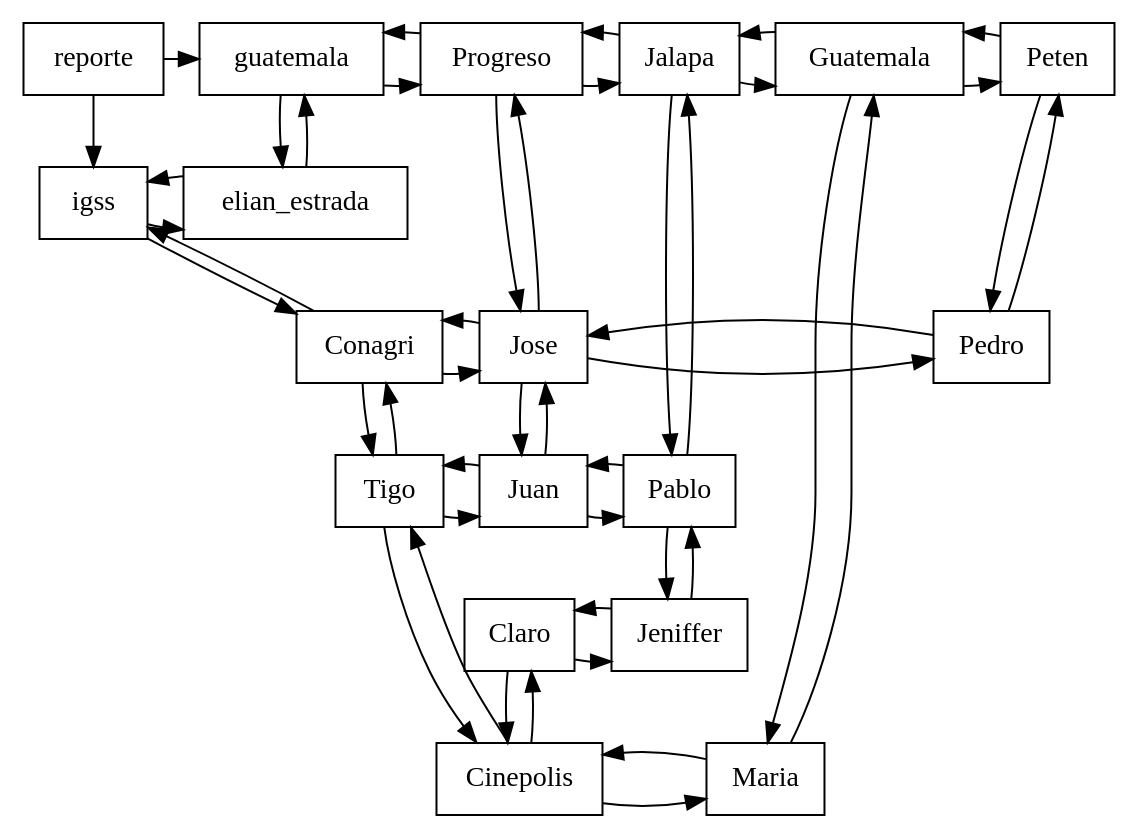
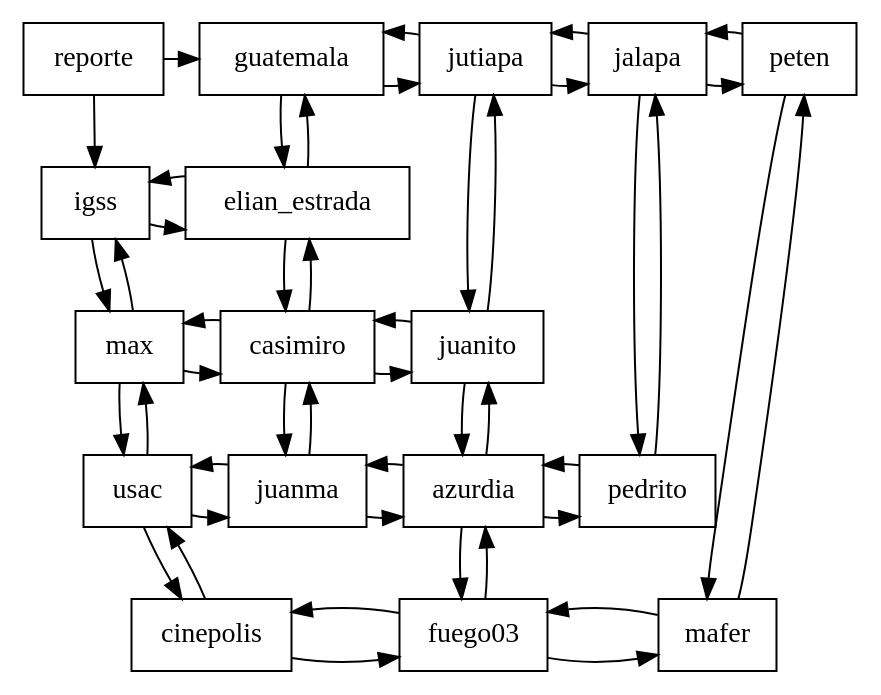
One commit to BrigidoAlvarado/proyecto-1-EDD-EVD-24 changed the diagram in proyecyo-1/cmake-build-debug/reporte_matriz_dispersa.dot. Above: the diagram before and after it, drawn with Graphviz. The commit also changed 16 other files, not shown here.

```diff
--- a/proyecyo-1/cmake-build-debug/reporte_matriz_dispersa.dot
+++ b/proyecyo-1/cmake-build-debug/reporte_matriz_dispersa.dot
@@ -1,60 +1,59 @@
 digraph SparseMatrix {
 node [shape=box];
     // Cabeceras Horizontales
     "reporte" -> "guatemala";
-    "guatemala" -> "Progreso";
-    "Progreso" -> "guatemala";
-    "Progreso" -> "Jalapa";
-    "Jalapa" -> "Progreso";
-    "Jalapa" -> "Guatemala";
-    "Guatemala" -> "Jalapa";
-    "Guatemala" -> "Peten";
-    "Peten" -> "Guatemala";
+    "guatemala" -> "jutiapa";
+    "jutiapa" -> "guatemala";
+    "jutiapa" -> "jalapa";
+    "jalapa" -> "jutiapa";
+    "jalapa" -> "peten";
+    "peten" -> "jalapa";
     // Coneccion entre filas
     "igss" -> elian_estrada;
     "elian_estrada" -> igss;
-    "Conagri" -> Jose;
-    "Jose" -> Conagri;
-    "Jose" -> Pedro;
-    "Pedro" -> Jose;
-    "Tigo" -> Juan;
-    "Juan" -> Tigo;
-    "Juan" -> Pablo;
-    "Pablo" -> Juan;
-    "Cinepolis" -> Maria;
-    "Maria" -> Cinepolis;
-    "Claro" -> Jeniffer;
-    "Jeniffer" -> Claro;
+    "max" -> casimiro;
+    "casimiro" -> max;
+    "casimiro" -> juanito;
+    "juanito" -> casimiro;
+    "usac" -> juanma;
+    "juanma" -> usac;
+    "juanma" -> azurdia;
+    "azurdia" -> juanma;
+    "azurdia" -> pedrito;
+    "pedrito" -> azurdia;
+    "cinepolis" -> fuego03;
+    "fuego03" -> cinepolis;
+    "fuego03" -> mafer;
+    "mafer" -> fuego03;
     // Cabeceras Verticales
     "reporte" -> "igss";
-    "igss" -> "Conagri";
-    "Conagri" -> "igss";
-    "Conagri" -> "Tigo";
-    "Tigo" -> "Conagri";
-    "Tigo" -> "Cinepolis";
-    "Cinepolis" -> "Tigo";
-    "Cinepolis" -> "Claro";
-    "Claro" -> "Cinepolis";
+    "igss" -> "max";
+    "max" -> "igss";
+    "max" -> "usac";
+    "usac" -> "max";
+    "usac" -> "cinepolis";
+    "cinepolis" -> "usac";
     // Coneccion entre filas
     "guatemala" -> elian_estrada;
     "elian_estrada" -> guatemala;
-    "Progreso" -> Jose;
-    "Jose" -> Progreso;
-    "Jose" -> Juan;
-    "Juan" -> Jose;
-    "Jalapa" -> Pablo;
-    "Pablo" -> Jalapa;
-    "Pablo" -> Jeniffer;
-    "Jeniffer" -> Pablo;
-    "Guatemala" -> Maria;
-    "Maria" -> Guatemala;
-    "Peten" -> Pedro;
-    "Pedro" -> Peten;
+    "elian_estrada" -> casimiro;
+    "casimiro" -> elian_estrada;
+    "casimiro" -> juanma;
+    "juanma" -> casimiro;
+    "jutiapa" -> juanito;
+    "juanito" -> jutiapa;
+    "juanito" -> azurdia;
+    "azurdia" -> juanito;
+    "azurdia" -> fuego03;
+    "fuego03" -> azurdia;
+    "jalapa" -> pedrito;
+    "pedrito" -> jalapa;
+    "peten" -> mafer;
+    "mafer" -> peten;
     // Encuadre
-    { rank=same; reporte; guatemala; Progreso; Jalapa; Guatemala; Peten; }
+    { rank=same; reporte; guatemala; jutiapa; jalapa; peten; }
     { rank=same; igss; elian_estrada; }
-    { rank=same; Conagri; Jose; Pedro; }
-    { rank=same; Tigo; Juan; Pablo; }
-    { rank=same; Cinepolis; Maria; }
-    { rank=same; Claro; Jeniffer; }
+    { rank=same; max; casimiro; juanito; }
+    { rank=same; usac; juanma; azurdia; pedrito; }
+    { rank=same; cinepolis; fuego03; mafer; }
 }
```
